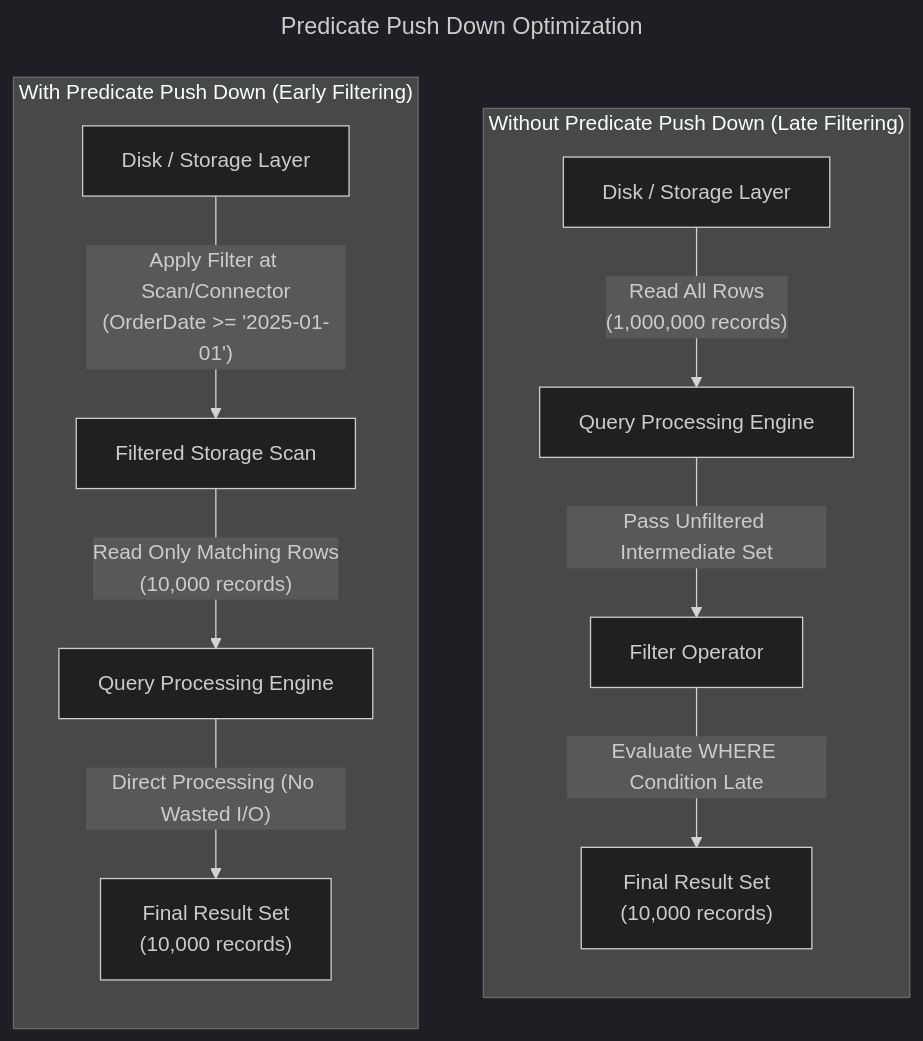
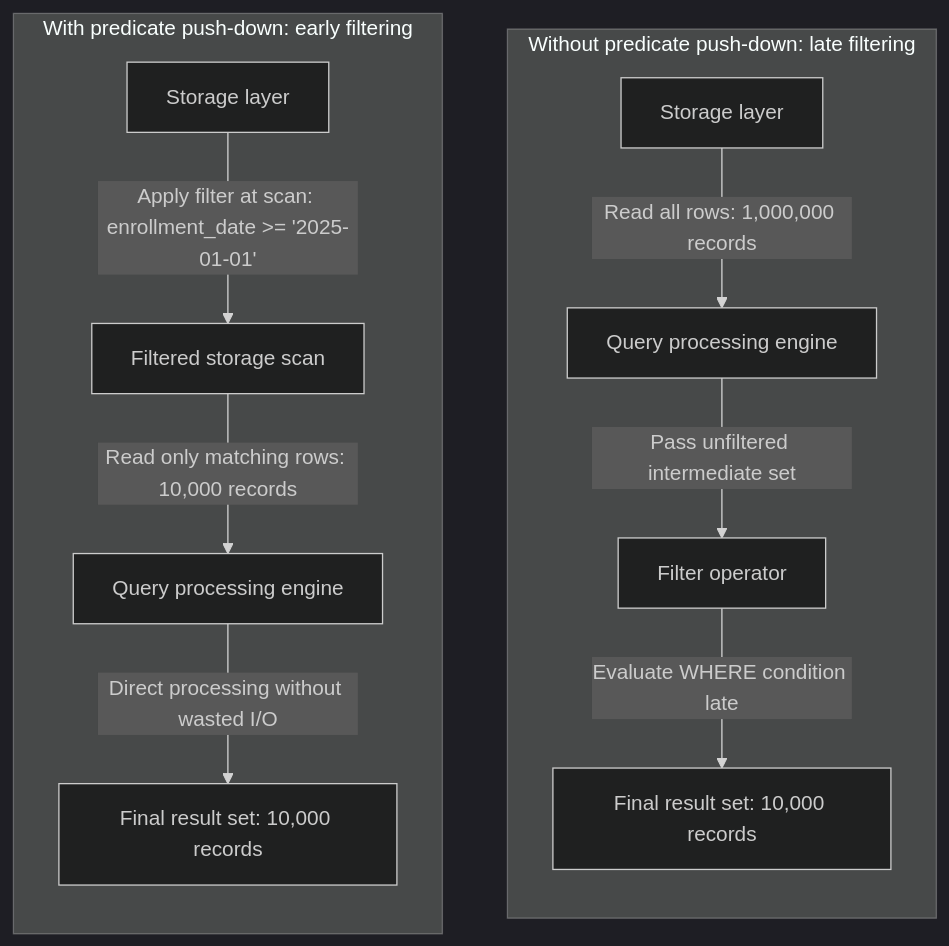
Before and after one commit to VineethChivukula/dedocs: the first of 2 diagrams in content/sql/advanced-query-optimization.md, drawn with Mermaid (dark theme). The commit also changed other lines of this file and 26 other files, not shown here.

````diff
--- a/content/sql/advanced-query-optimization.md
+++ b/content/sql/advanced-query-optimization.md
@@ -19,19 +20,16 @@
 ```mermaid
----
-title: Predicate Push Down Optimization
----
 flowchart TD
-    subgraph WithoutPD ["Without Predicate Push Down (Late Filtering)"]
+    subgraph WithoutPD ["Without predicate push-down: late filtering"]
         direction TD
-        A1["Disk / Storage Layer"] -->|"Read All Rows<br/>(1,000,000 records)"| B1["Query Processing Engine"]
-        B1 -->|"Pass Unfiltered Intermediate Set"| C1["Filter Operator"]
-        C1 -->|"Evaluate WHERE Condition Late"| D1["Final Result Set<br/>(10,000 records)"]
+        A1["Storage layer"] -->|"Read all rows: 1,000,000 records"| B1["Query processing engine"]
+        B1 -->|"Pass unfiltered intermediate set"| C1["Filter operator"]
+        C1 -->|"Evaluate WHERE condition late"| D1["Final result set: 10,000 records"]
     end
 
-    subgraph WithPD ["With Predicate Push Down (Early Filtering)"]
+    subgraph WithPD ["With predicate push-down: early filtering"]
         direction TD
-        A2["Disk / Storage Layer"] -->|"Apply Filter at Scan/Connector<br/>(OrderDate >= '2025-01-01')"| B2["Filtered Storage Scan"]
-        B2 -->|"Read Only Matching Rows<br/>(10,000 records)"| C2["Query Processing Engine"]
-        C2 -->|"Direct Processing (No Wasted I/O)"| D2["Final Result Set<br/>(10,000 records)"]
+        A2["Storage layer"] -->|"Apply filter at scan: enrollment_date >= '2025-01-01'"| B2["Filtered storage scan"]
+        B2 -->|"Read only matching rows: 10,000 records"| C2["Query processing engine"]
+        C2 -->|"Direct processing without wasted I/O"| D2["Final result set: 10,000 records"]
     end
 ```
````
